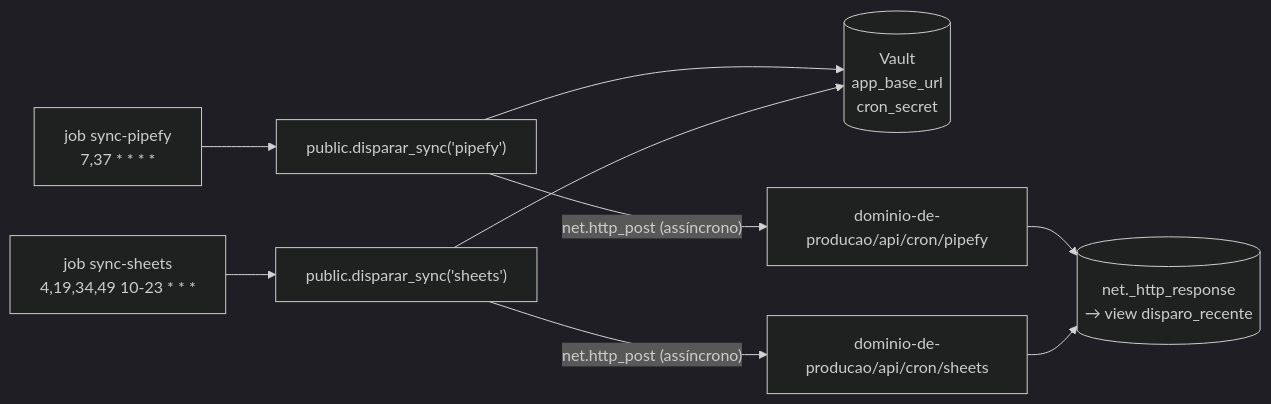
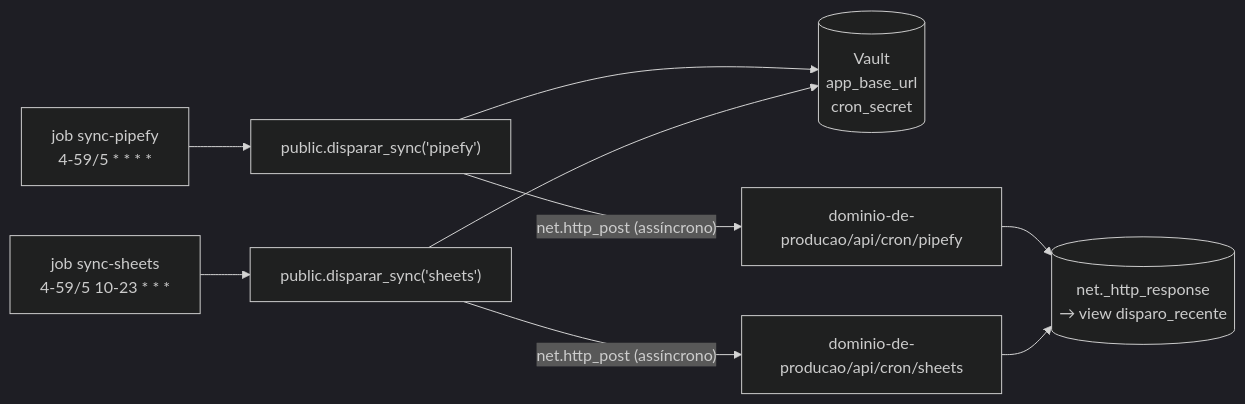
One commit to cce-fluxo/DashBoardVendas changed the diagram in docs/automacoes.md. Above: the diagram before and after it, drawn with Mermaid (dark theme). The commit also changed other lines of this file and 14 other files, not shown here.

````diff
--- a/docs/automacoes.md
+++ b/docs/automacoes.md
@@ -25,11 +25,11 @@
 ```mermaid
 flowchart LR
-  J1["job sync-pipefy<br/>7,37 * * * *"] --> F["public.disparar_sync('pipefy')"]
-  J2["job sync-sheets<br/>4,19,34,49 10-23 * * *"] --> F2["public.disparar_sync('sheets')"]
+  J1["job sync-pipefy<br/>4-59/5 * * * *"] --> F["public.disparar_sync('pipefy')"]
+  J2["job sync-sheets<br/>4-59/5 10-23 * * *"] --> F2["public.disparar_sync('sheets')"]
   F --> V[("Vault<br/>app_base_url<br/>cron_secret")]
   F2 --> V
   F -- "net.http_post (assíncrono)" --> E["dominio-de-producao/api/cron/pipefy"]
   F2 -- "net.http_post (assíncrono)" --> E2["dominio-de-producao/api/cron/sheets"]
   E --> R[("net._http_response<br/>→ view disparo_recente")]
   E2 --> R
 ```
````
